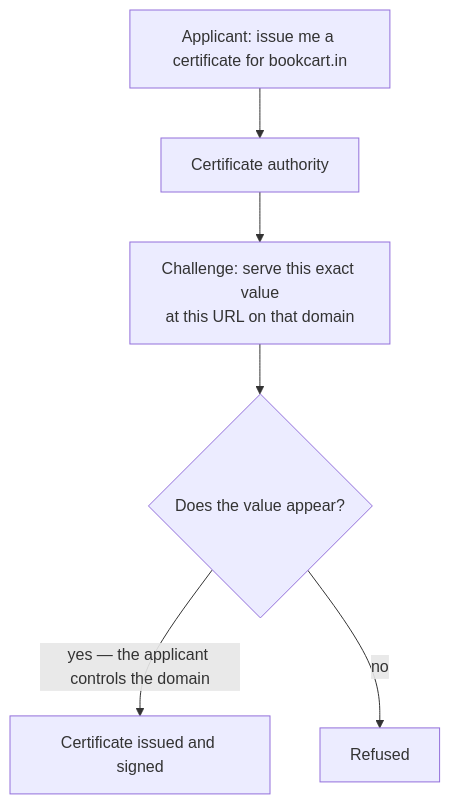
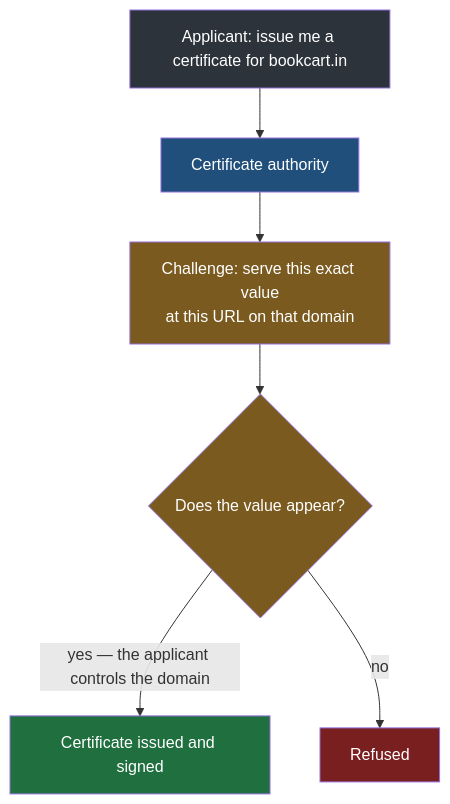
Before and after one commit to Dummy-Bug/system-design-handbook: the fourth of 6 diagrams in Devops/04-Networking/10-Certificates-And-Trust.md, drawn with Mermaid. The commit also changed other lines of this file and 53 other files, not shown here.

````diff
--- a/Devops/04-Networking/10-Certificates-And-Trust.md
+++ b/Devops/04-Networking/10-Certificates-And-Trust.md
@@ -125,8 +134,14 @@
 ```mermaid
 flowchart TD
     REQ["Applicant: issue me a certificate for bookcart.in"] --> CA["Certificate authority"]
     CA --> CH["Challenge: serve this exact value<br/>at this URL on that domain"]
     CH --> T{"Does the value appear?"}
     T -->|"yes — the applicant controls the domain"| ISSUE["Certificate issued and signed"]
     T -->|"no"| REFUSE["Refused"]
+    style REQ fill:#2d333b,color:#fff
+    style CA fill:#1f4f7a,color:#fff
+    style CH fill:#7a5a1f,color:#fff
+    style T fill:#7a5a1f,color:#fff
+    style ISSUE fill:#1f6f3f,color:#fff
+    style REFUSE fill:#7a1f1f,color:#fff
 ```
````
